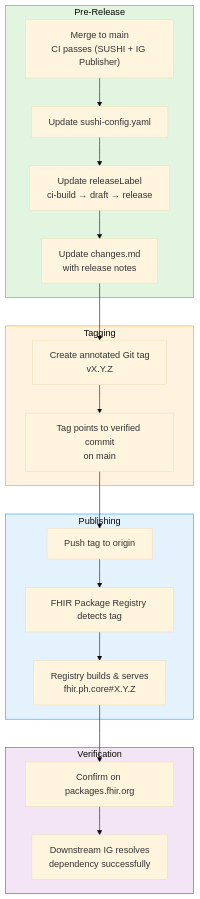
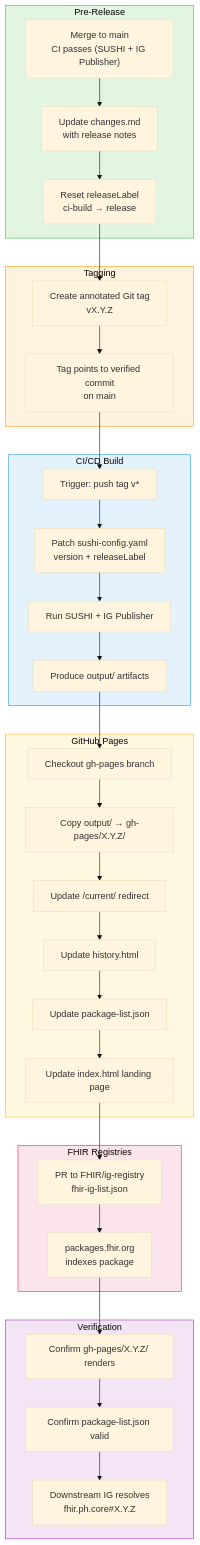
One commit to UP-Manila-SILab/ph-core changed the diagram in input/pagecontent/version-release-workflow.md. Above: the diagram before and after it, drawn with Mermaid (base theme). The commit also changed other lines of this file, not shown here.

Commit message:
Update version-release-workflow.md with CI/CD and registry details (#340)

````diff
--- a/input/pagecontent/version-release-workflow.md
+++ b/input/pagecontent/version-release-workflow.md
@@ -17,41 +33,53 @@
 ```mermaid
 flowchart TB
     subgraph PRE["Pre-Release"]
-        A["Merge to main<br/>CI passes (SUSHI + IG Publisher)"]
-        B["Update sushi-config.yaml"]
-        C["Update releaseLabel<br/>ci-build → draft → release"]
-        D["Update changes.md<br/>with release notes"]
+        A1["Merge to main<br/>CI passes (SUSHI + IG Publisher)"]
+        A2["Update changes.md<br/>with release notes"]
+        A3["Reset releaseLabel<br/>ci-build → release"]
     end
 
     subgraph TAG["Tagging"]
-        E["Create annotated Git tag<br/>vX.Y.Z"]
-        F["Tag points to verified commit<br/>on main"]
+        B1["Create annotated Git tag<br/>vX.Y.Z"]
+        B2["Tag points to verified commit<br/>on main"]
     end
 
-    subgraph PUBLISH["Publishing"]
-        G["Push tag to origin"]
-        H["FHIR Package Registry detects tag"]
-        I["Registry builds & serves<br/>fhir.ph.core#X.Y.Z"]
+    subgraph BUILD["CI/CD Build"]
+        C1["Trigger: push tag v*"]
+        C2["Patch sushi-config.yaml<br/>version + releaseLabel"]
+        C3["Run SUSHI + IG Publisher"]
+        C4["Produce output/ artifacts"]
+    end
+
+    subgraph PAGES["GitHub Pages"]
+        D1["Checkout gh-pages branch"]
+        D2["Copy output/ → gh-pages/X.Y.Z/"]
+        D3["Update /current/ redirect"]
+        D4["Update history.html"]
+        D5["Update package-list.json"]
+        D6["Update index.html landing page"]
+    end
+
+    subgraph REGISTRY["FHIR Registries"]
+        E1["PR to FHIR/ig-registry<br/>fhir-ig-list.json"]
+        E2["packages.fhir.org<br/>indexes package"]
     end
 
     subgraph VERIFY["Verification"]
-        J["Confirm on packages.fhir.org"]
-        K["Downstream IG resolves<br/>dependency successfully"]
+        F1["Confirm gh-pages/X.Y.Z/ renders"]
+        F2["Confirm package-list.json valid"]
+        F3["Downstream IG resolves<br/>fhir.ph.core#X.Y.Z"]
     end
 
-    A --> B
-    B --> C
-    C --> D
-    D --> E
-    E --> F
-    F --> G
-    G --> H
-    H --> I
-    I --> J
-    J --> K
+    A1 --> A2 --> A3 --> B1
+    B1 --> B2 --> C1
+    C1 --> C2 --> C3 --> C4 --> D1
+    D1 --> D2 --> D3 --> D4 --> D5 --> D6 --> E1
+    E1 --> E2 --> F1 --> F2 --> F3
 
     style PRE fill:#e1f5e1,stroke:#4caf50
     style TAG fill:#fff3e0,stroke:#ff9800
-    style PUBLISH fill:#e3f2fd,stroke:#2196f3
+    style BUILD fill:#e3f2fd,stroke:#2196f3
+    style PAGES fill:#fff8e1,stroke:#ffc107
+    style REGISTRY fill:#fce4ec,stroke:#e91e63
     style VERIFY fill:#f3e5f5,stroke:#9c27b0
 ```
````
